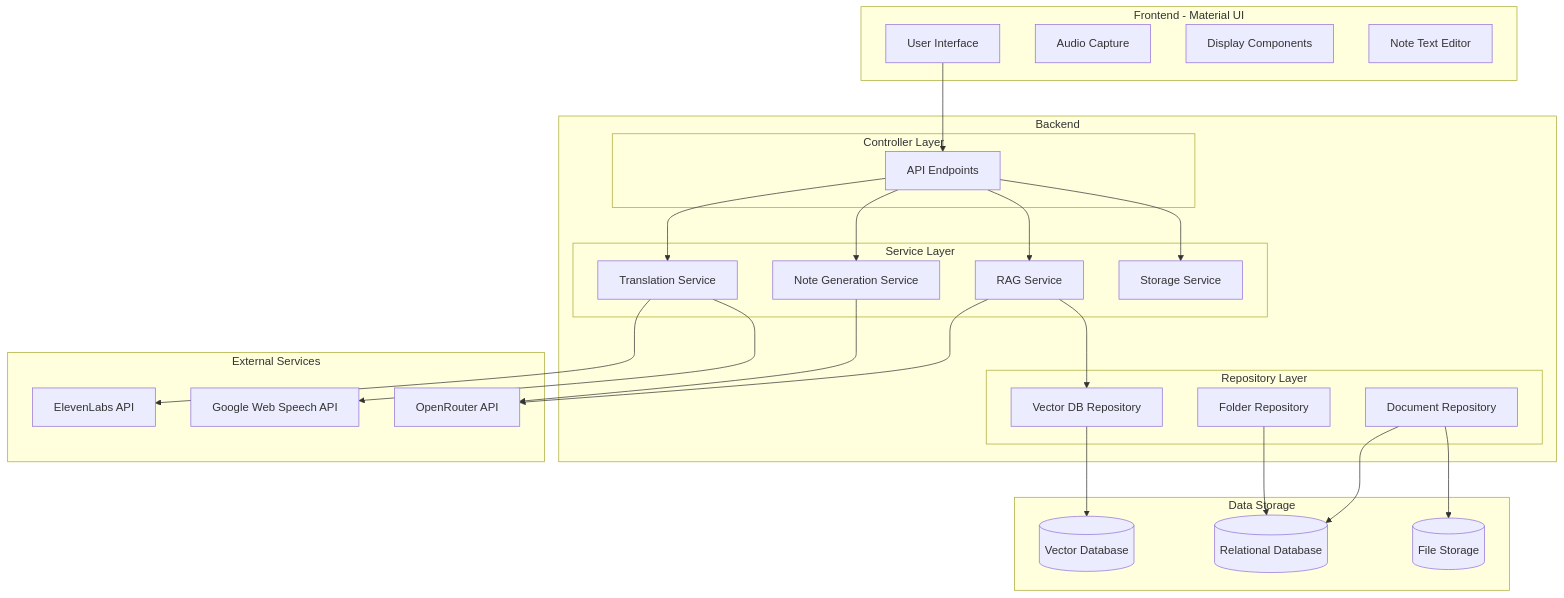
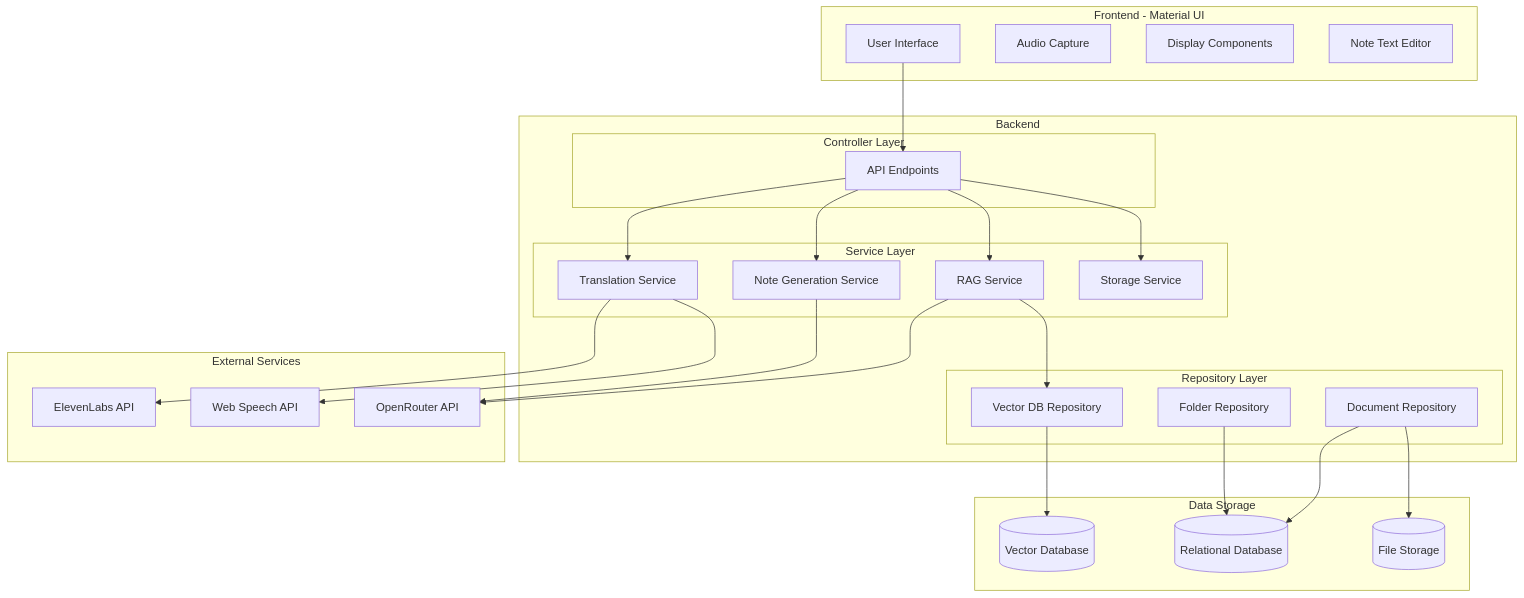
One commit to AbeerDas/Rosetta-HackHive changed the third of 3 diagrams in docs/PRD.md. Above: the diagram before and after it, drawn with Mermaid. The commit also changed other lines of this file and 7 other files, not shown here.

````diff
--- a/docs/PRD.md
+++ b/docs/PRD.md
@@ -538,55 +574,55 @@
 ```mermaid
 flowchart TB
     subgraph frontend [Frontend - Material UI]
         UI[User Interface]
         AUDIO[Audio Capture]
         DISPLAY[Display Components]
         EDITOR[Note Text Editor]
     end
-    
+
     subgraph backend [Backend]
         subgraph controllers [Controller Layer]
             API[API Endpoints]
         end
-        
+
         subgraph services [Service Layer]
             TRANS[Translation Service]
             RAG[RAG Service]
             NOTES[Note Generation Service]
             STORAGE[Storage Service]
         end
-        
+
         subgraph repositories [Repository Layer]
             VECTOR[Vector DB Repository]
             DOC[Document Repository]
             FOLDER[Folder Repository]
         end
     end
-    
+
     subgraph external [External Services]
         ELEVEN[ElevenLabs API]
-        GOOGLE[Google Web Speech API]
+        WEBSPEECH[Web Speech API]
         OPENROUTER[OpenRouter API]
     end
-    
+
     subgraph storage [Data Storage]
         VECTORDB[(Vector Database)]
         RELDB[(Relational Database)]
         FILESTORE[(File Storage)]
     end
-    
+
     UI --> API
     API --> TRANS
     API --> RAG
     API --> NOTES
     API --> STORAGE
     TRANS --> ELEVEN
-    TRANS --> GOOGLE
+    TRANS --> WEBSPEECH
     RAG --> OPENROUTER
     RAG --> VECTOR
     NOTES --> OPENROUTER
     VECTOR --> VECTORDB
     DOC --> RELDB
     FOLDER --> RELDB
     DOC --> FILESTORE
 ```
````
